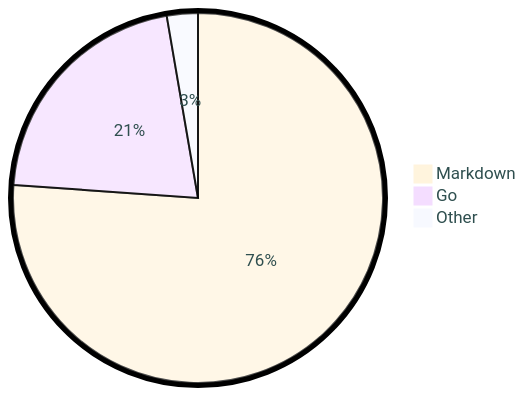
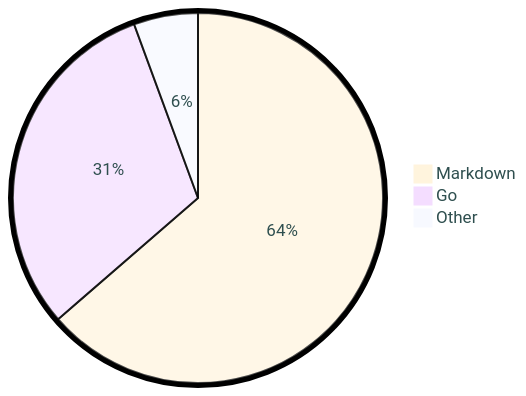
The diagram in README.md (tot0p/tot0p), drawn with Mermaid before and after one commit. The commit also changed other lines of this file, not shown here.

````diff
--- a/README.md
+++ b/README.md
@@ -75,7 +74,7 @@
 ```mermaid
 %%{init: {"pie": {"textPosition": 0.5}, "themeVariables": {"pieOuterStrokeWidth": "5px","primaryTextColor" : "#2F4F4F"},"theme":"base"} }%%
 pie
-	"Markdown": 76.12
-	"Go": 21.16
-	"Other": 2.71
+	"Markdown": 63.63
+	"Go": 30.75
+	"Other": 5.609999999999999
 ```
````
